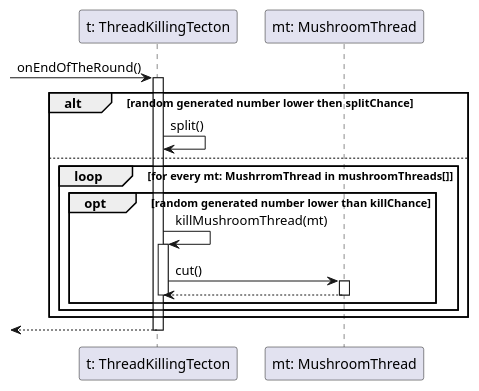
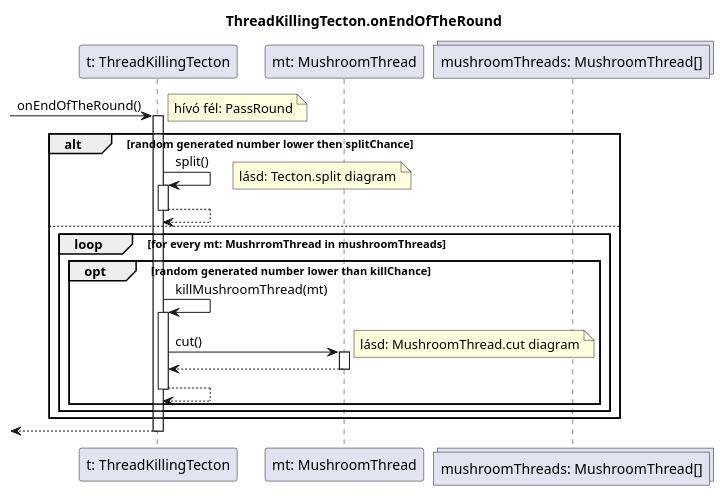
One commit to dzsem/projlab changed the diagram in diagrams/sequence/tecton/endofround_threadkill.plantuml. Above: the diagram before and after it, drawn with PlantUML. The commit also changed 6 other files, not shown here.

Commit message:
Added references to tecton and cutting related diagrams

```diff
--- a/diagrams/sequence/tecton/endofround_threadkill.plantuml
+++ b/diagrams/sequence/tecton/endofround_threadkill.plantuml
@@ -1,34 +1,46 @@
 @startuml endofround_threadkill
+
+title ThreadKillingTecton.onEndOfTheRound
 
 participant "t: ThreadKillingTecton" as tecton
 participant "mt: MushroomThread" as thread
+collections "mushroomThreads: MushroomThread[]" as mts
 
 -> tecton: onEndOfTheRound()
+note right: hívó fél: PassRound
 activate tecton
 
 alt random generated number lower then splitChance
 
-tecton -> tecton: split()
+	tecton -> tecton: split()
+	note right: lásd: Tecton.split diagram
+	activate tecton
+
+	tecton --> tecton
+	deactivate tecton
 
 else
 
-loop for every mt: MushrromThread in mushroomThreads[]
-opt random generated number lower than killChance
+	loop for every mt: MushrromThread in mushroomThreads
+		opt random generated number lower than killChance
 
-tecton -> tecton: killMushroomThread(mt)
-activate tecton
+			tecton -> tecton: killMushroomThread(mt)
+			activate tecton
 
-tecton -> thread: cut()
-activate thread
+			tecton -> thread: cut()
+			note right: lásd: MushroomThread.cut diagram
+			activate thread
 
-thread --> tecton
-deactivate thread
-deactivate tecton
+			thread --> tecton
+			deactivate thread
 
-end
-end
+			tecton --> tecton
+			deactivate tecton
+
+		end
+	end
 end
 
 <-- tecton
 deactivate tecton
 @enduml
```
